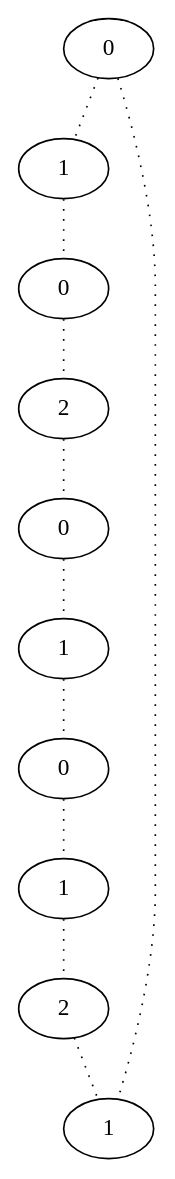
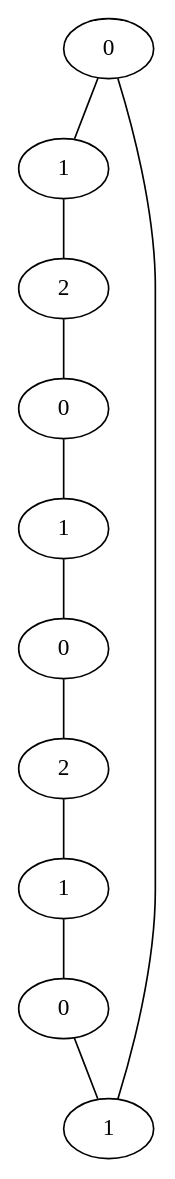
Before and after one commit to d1laj/Stage-M2: the diagram in TestPathsfactorised/result/dot/cycle_10_3_tc.dot, drawn with Graphviz. The commit also changed 4248 other files, not shown here.

```diff
--- a/TestPathsfactorised/result/dot/cycle_10_3_tc.dot
+++ b/TestPathsfactorised/result/dot/cycle_10_3_tc.dot
@@ -1,22 +1,22 @@
 graph {
 a0[label=0];
 a1[label=1];
-a2[label=0];
-a3[label=2];
-a4[label=0];
-a5[label=1];
-a6[label=0];
+a2[label=2];
+a3[label=0];
+a4[label=1];
+a5[label=0];
+a6[label=2];
 a7[label=1];
-a8[label=2];
+a8[label=0];
 a9[label=1];
-a0 -- a1 [style=dotted];
-a0 -- a9 [style=dotted];
-a1 -- a2 [style=dotted];
-a2 -- a3 [style=dotted];
-a3 -- a4 [style=dotted];
-a4 -- a5 [style=dotted];
-a5 -- a6 [style=dotted];
-a6 -- a7 [style=dotted];
-a7 -- a8 [style=dotted];
-a8 -- a9 [style=dotted];
+a0 -- a1;
+a0 -- a9;
+a1 -- a2;
+a2 -- a3;
+a3 -- a4;
+a4 -- a5;
+a5 -- a6;
+a6 -- a7;
+a7 -- a8;
+a8 -- a9;
 }
```
